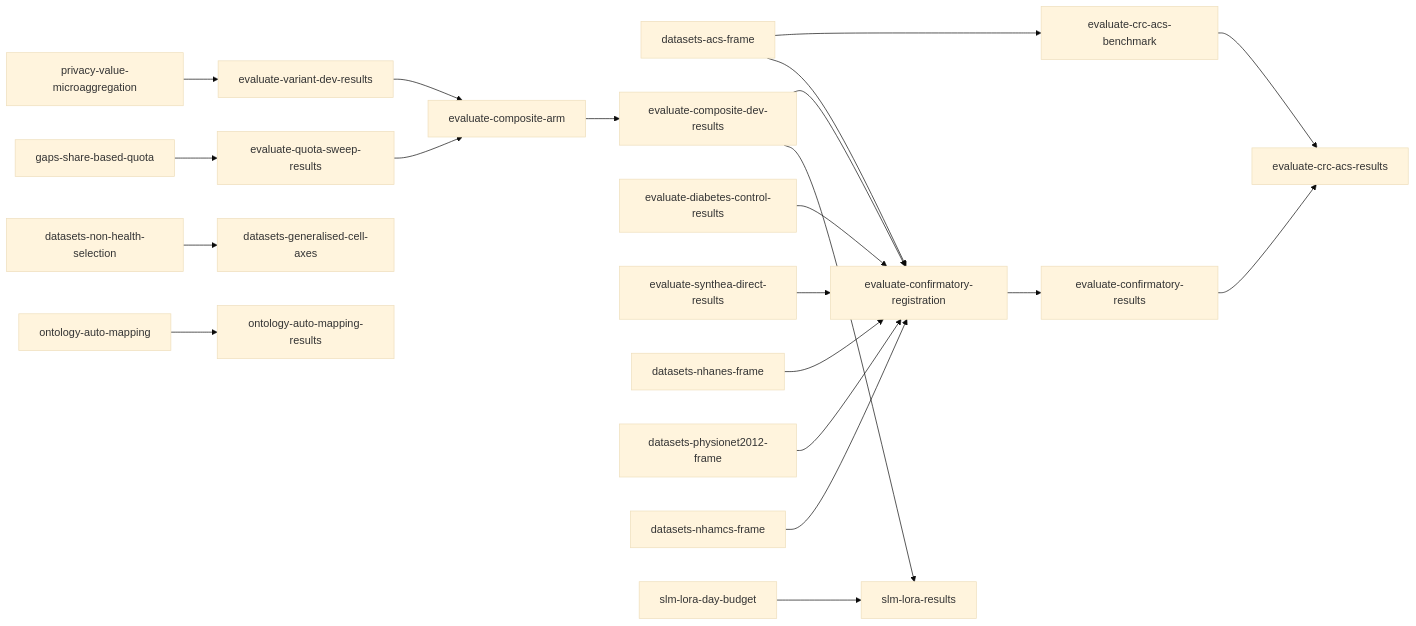
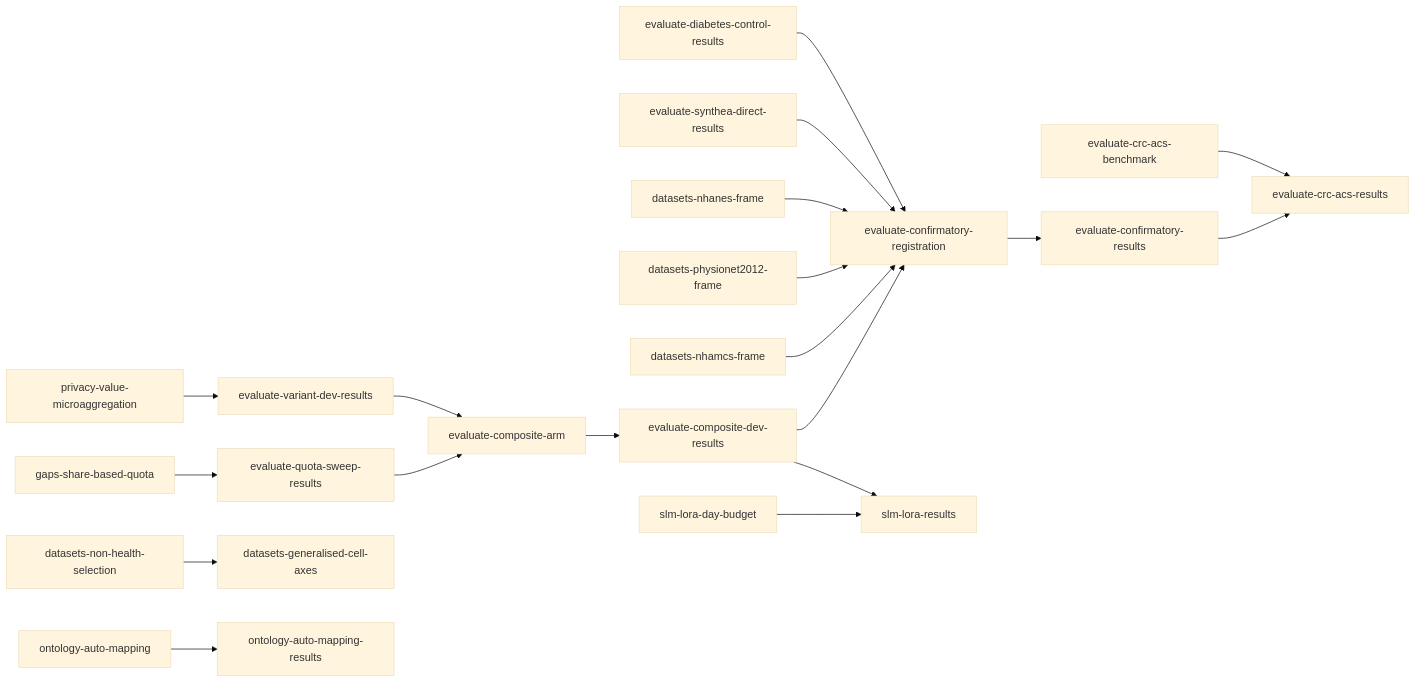
The diagram in tasks/direct-index.md (joe-dartmouth/synthetic), drawn with Mermaid (base theme) before and after one commit. The commit also changed other lines of this file and 52 other files, not shown here.

First line of the commit message:
Add the ACS frame with Occupation Ontology rows (#136)

````diff
--- a/tasks/direct-index.md
+++ b/tasks/direct-index.md
@@ -67,23 +66,21 @@
 ```mermaid
 flowchart LR
     u16[privacy-value-microaggregation] --> u19[evaluate-variant-dev-results]
     u20[gaps-share-based-quota] --> u21[evaluate-quota-sweep-results]
-    u27[datasets-acs-frame] --> u41[evaluate-crc-acs-benchmark]
     u49[datasets-non-health-selection] --> u50[datasets-generalised-cell-axes]
     u19 --> u28[evaluate-composite-arm]
     u21 --> u28
     u28 --> u29[evaluate-composite-dev-results]
     u7[evaluate-diabetes-control-results] --> u30[evaluate-confirmatory-registration]
     u8[evaluate-synthea-direct-results] --> u30
     u26[datasets-nhanes-frame] --> u30
-    u27 --> u30
     u47[datasets-physionet2012-frame] --> u30
     u48[datasets-nhamcs-frame] --> u30
     u29 --> u30
     u30 --> u31[evaluate-confirmatory-results]
-    u41 --> u42[evaluate-crc-acs-results]
+    u41[evaluate-crc-acs-benchmark] --> u42[evaluate-crc-acs-results]
     u31 --> u42
     u32[ontology-auto-mapping] --> u33[ontology-auto-mapping-results]
     u29 --> u36[slm-lora-results]
     u51[slm-lora-day-budget] --> u36
 ```
````
